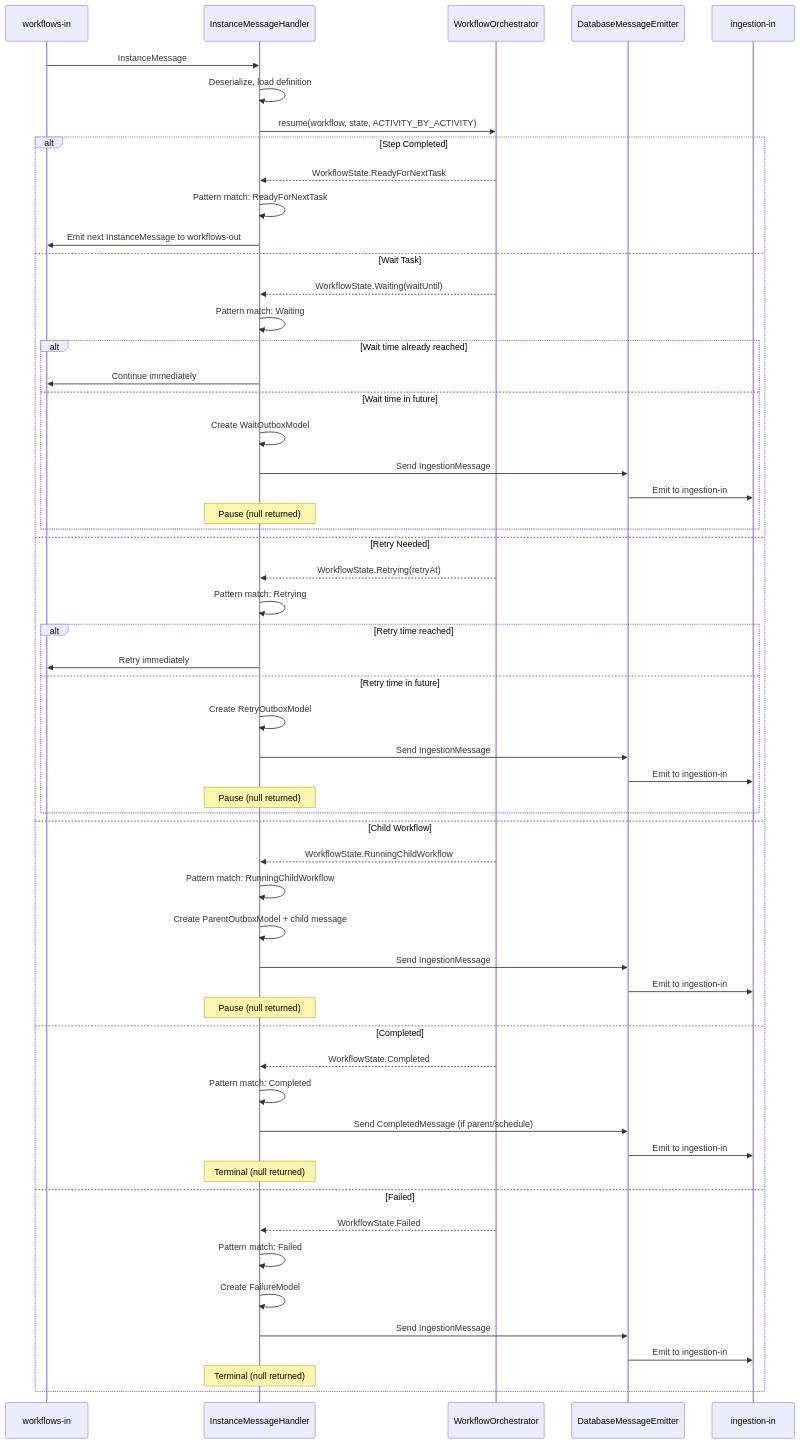
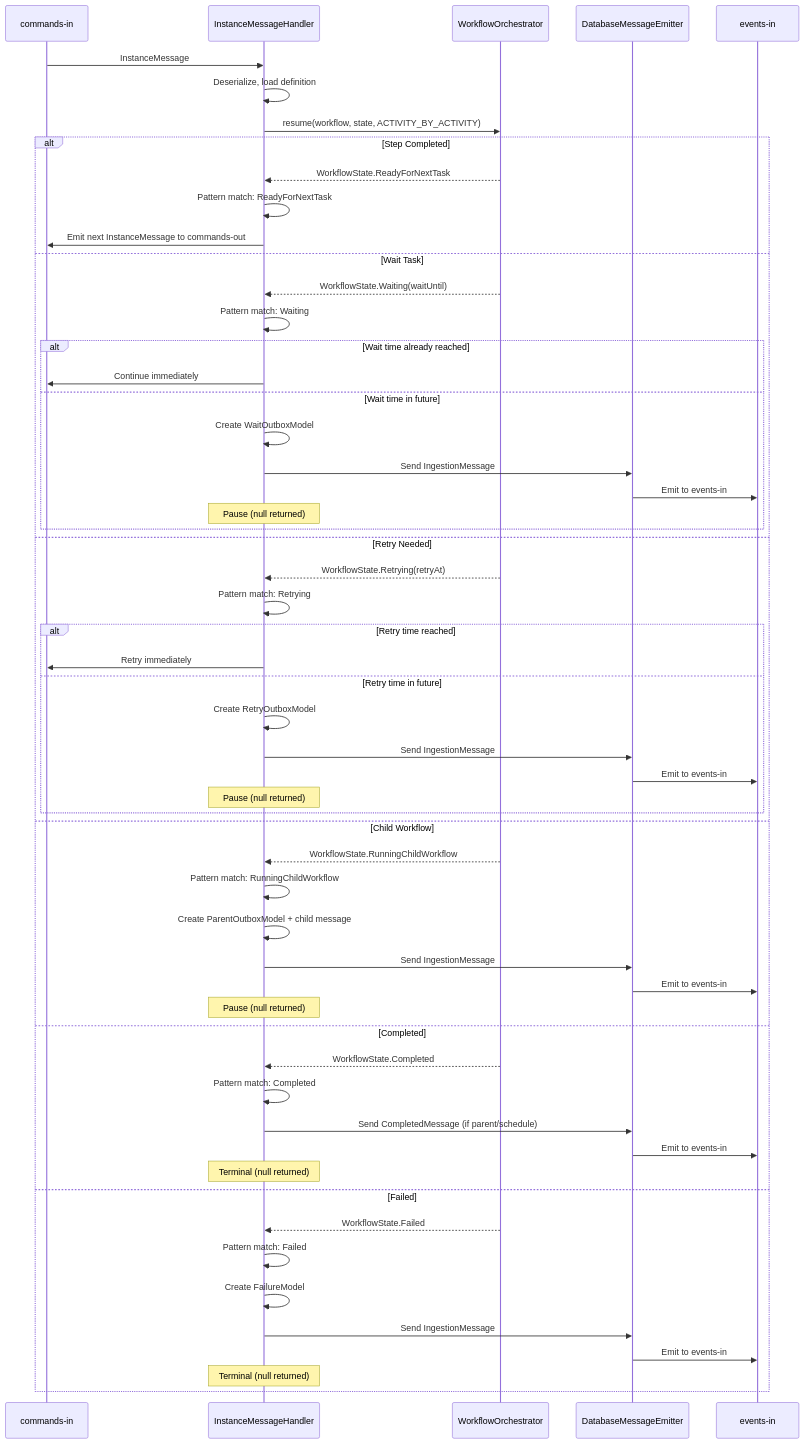
Before and after one commit to lemline/lemline: the second of 2 diagrams in docs/runner-architecture.md, drawn with Mermaid. The commit also changed other lines of this file and 35 other files, not shown here.

````diff
--- a/docs/runner-architecture.md
+++ b/docs/runner-architecture.md
@@ -543,65 +568,65 @@
 ```mermaid
 sequenceDiagram
-    participant W as workflows-in
+    participant W as commands-in
     participant H as InstanceMessageHandler
     participant O as WorkflowOrchestrator
     participant D as DatabaseMessageEmitter
-    participant I as ingestion-in
+    participant I as events-in
 
     W->>H: InstanceMessage
     H->>H: Deserialize, load definition
     H->>O: resume(workflow, state, ACTIVITY_BY_ACTIVITY)
 
     alt Step Completed
         O-->>H: WorkflowState.ReadyForNextTask
         H->>H: Pattern match: ReadyForNextTask
-        H->>W: Emit next InstanceMessage to workflows-out
+        H->>W: Emit next InstanceMessage to commands-out
 
     else Wait Task
         O-->>H: WorkflowState.Waiting(waitUntil)
         H->>H: Pattern match: Waiting
         alt Wait time already reached
             H->>W: Continue immediately
         else Wait time in future
             H->>H: Create WaitOutboxModel
             H->>D: Send IngestionMessage
-            D->>I: Emit to ingestion-in
+            D->>I: Emit to events-in
             Note over H: Pause (null returned)
         end
 
     else Retry Needed
         O-->>H: WorkflowState.Retrying(retryAt)
         H->>H: Pattern match: Retrying
         alt Retry time reached
             H->>W: Retry immediately
         else Retry time in future
             H->>H: Create RetryOutboxModel
             H->>D: Send IngestionMessage
-            D->>I: Emit to ingestion-in
+            D->>I: Emit to events-in
             Note over H: Pause (null returned)
         end
 
     else Child Workflow
         O-->>H: WorkflowState.RunningChildWorkflow
         H->>H: Pattern match: RunningChildWorkflow
         H->>H: Create ParentOutboxModel + child message
         H->>D: Send IngestionMessage
-        D->>I: Emit to ingestion-in
+        D->>I: Emit to events-in
         Note over H: Pause (null returned)
 
     else Completed
         O-->>H: WorkflowState.Completed
         H->>H: Pattern match: Completed
         H->>D: Send CompletedMessage (if parent/schedule)
-        D->>I: Emit to ingestion-in
+        D->>I: Emit to events-in
         Note over H: Terminal (null returned)
 
     else Failed
         O-->>H: WorkflowState.Failed
         H->>H: Pattern match: Failed
         H->>H: Create FailureModel
         H->>D: Send IngestionMessage
-        D->>I: Emit to ingestion-in
+        D->>I: Emit to events-in
         Note over H: Terminal (null returned)
     end
 ```
````
